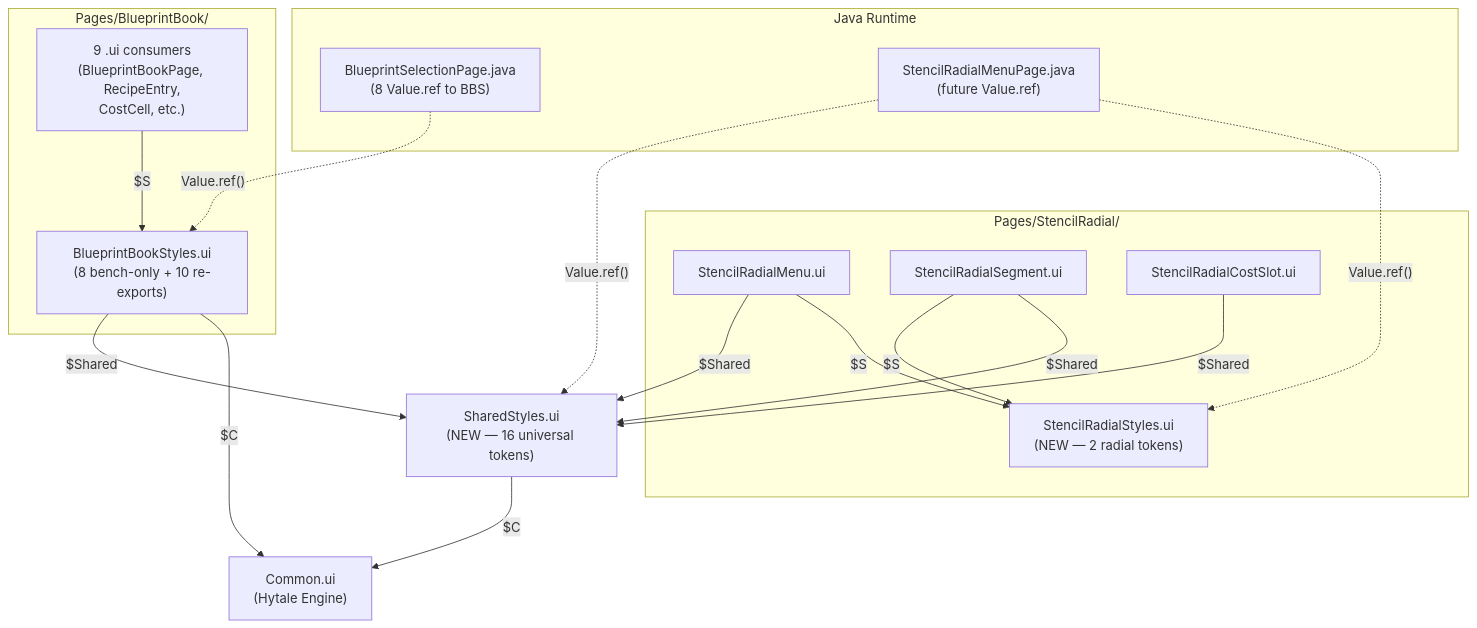
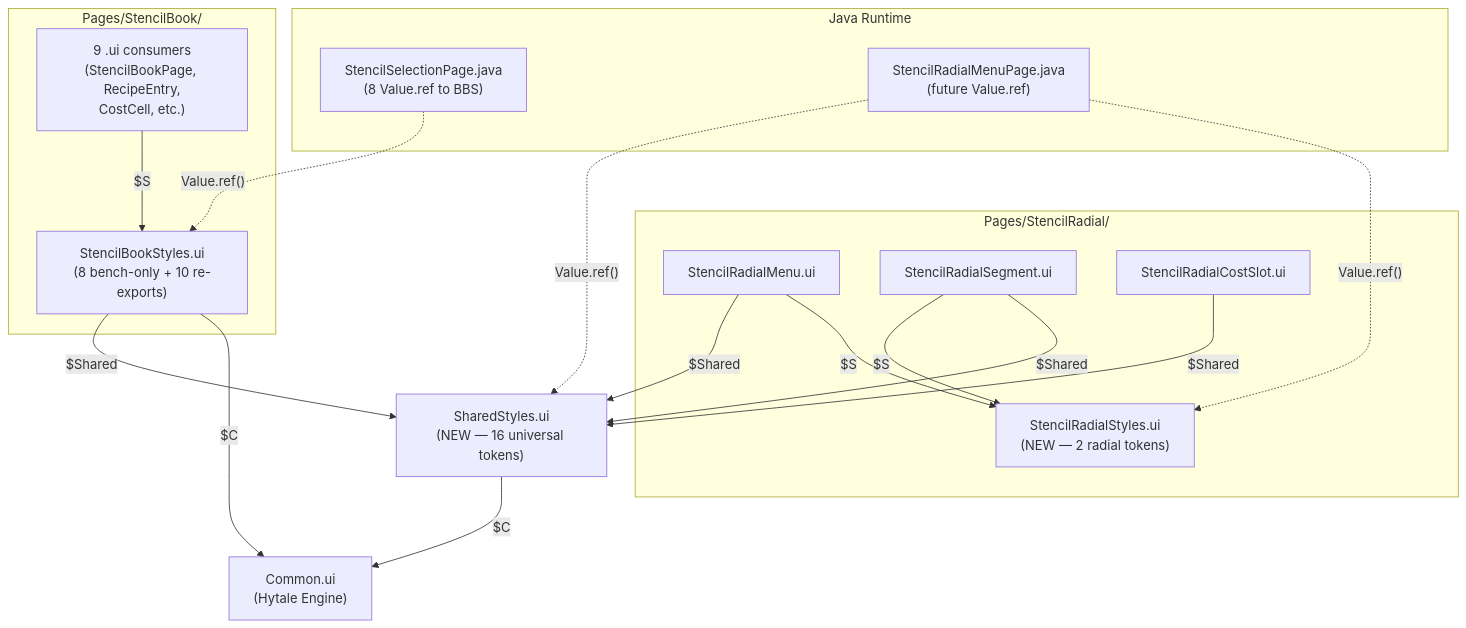
The first of 3 diagrams in docs/design-shared-style-architecture.md (TheCodeCreature/Hytale-Example-Plugin), drawn with Mermaid before and after one commit. The commit also changed other lines of this file and 289 other files, not shown here.

````diff
--- a/docs/design-shared-style-architecture.md
+++ b/docs/design-shared-style-architecture.md
@@ -17,35 +17,35 @@
 ```mermaid
 graph TB
     CommonUI["Common.ui\n(Hytale Engine)"]
     SharedStyles["SharedStyles.ui\n(NEW — 16 universal tokens)"]
 
-    subgraph BlueprintBook["Pages/BlueprintBook/"]
-        BBS["BlueprintBookStyles.ui\n(8 bench-only + 10 re-exports)"]
-        BBConsumers["9 .ui consumers\n(BlueprintBookPage, RecipeEntry,\nCostCell, etc.)"]
+    subgraph StencilBook["Pages/StencilBook/"]
+        BBS["StencilBookStyles.ui\n(8 bench-only + 10 re-exports)"]
+        BBConsumers["9 .ui consumers\n(StencilBookPage, RecipeEntry,\nCostCell, etc.)"]
     end
 
     subgraph StencilRadial["Pages/StencilRadial/"]
         SRS["StencilRadialStyles.ui\n(NEW — 2 radial tokens)"]
         SRM["StencilRadialMenu.ui"]
         SRSeg["StencilRadialSegment.ui"]
         SRCS["StencilRadialCostSlot.ui"]
     end
 
     subgraph Java["Java Runtime"]
-        BSP["BlueprintSelectionPage.java\n(8 Value.ref to BBS)"]
+        BSP["StencilSelectionPage.java\n(8 Value.ref to BBS)"]
         SRMP["StencilRadialMenuPage.java\n(future Value.ref)"]
     end
 
     SharedStyles -->|"$C"| CommonUI
     BBS -->|"$Shared"| SharedStyles
     BBS -->|"$C"| CommonUI
     BBConsumers -->|"$S"| BBS
     SRM -->|"$Shared"| SharedStyles
     SRM -->|"$S"| SRS
     SRSeg -->|"$S"| SRS
     SRSeg -->|"$Shared"| SharedStyles
     SRCS -->|"$Shared"| SharedStyles
     BSP -.->|"Value.ref()"| BBS
     SRMP -.->|"Value.ref()"| SharedStyles
     SRMP -.->|"Value.ref()"| SRS
 ```
````
